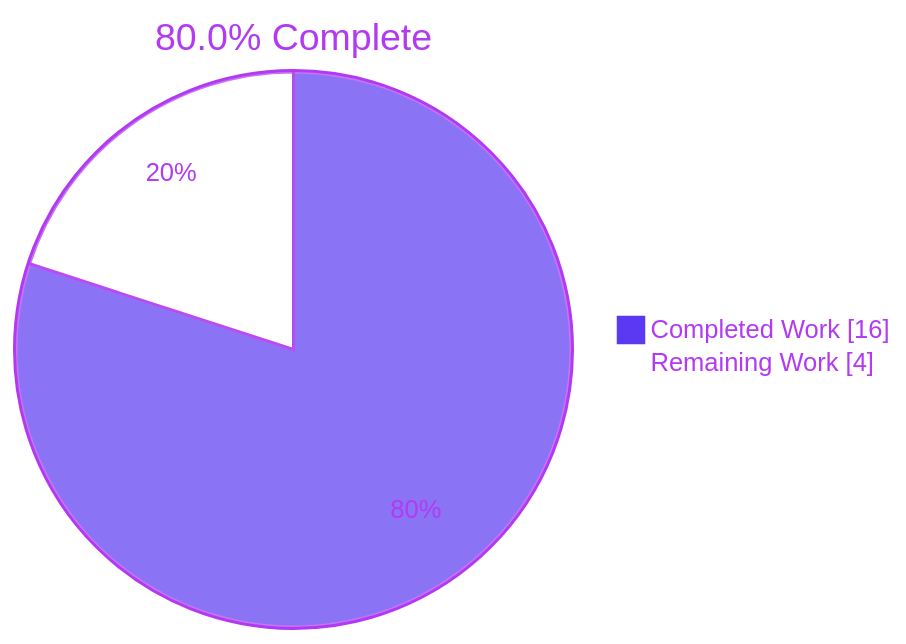
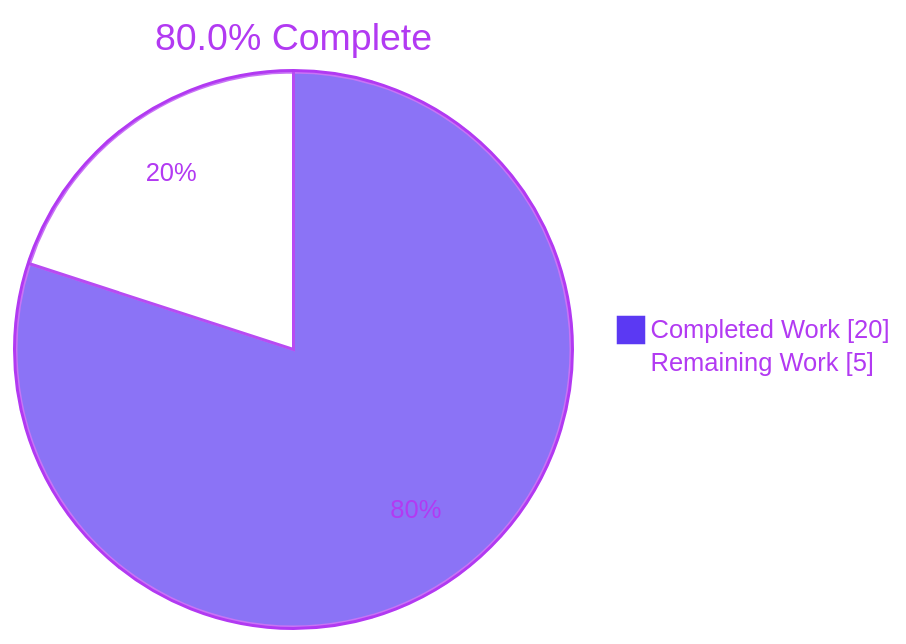
The first of 3 diagrams in blitzy/documentation/Project Guide.md (lakshya-blitzy/empty_repo_to_push_new_prod_code_3009_alreadyused), drawn with Mermaid before and after one commit. The commit also changed other lines of this file, not shown here.

Commit message:
Adding Blitzy Project Guide: Project Status and Human Tasks Remaining

````diff
--- a/blitzy/documentation/Project Guide.md
+++ b/blitzy/documentation/Project Guide.md
@@ -9,7 +9,7 @@
 ```mermaid
 %%{init: {"theme": "base", "themeVariables": {"pie1": "#5B39F3", "pie2": "#FFFFFF", "pieStrokeColor": "#B23AF2", "pieOuterStrokeColor": "#B23AF2", "pieTitleTextColor": "#B23AF2", "pieSectionTextColor": "#B23AF2", "pieLegendTextColor": "#B23AF2"}}}%%
 pie showData
     title 80.0% Complete
-    "Completed Work" : 16
-    "Remaining Work" : 4
+    "Completed Work" : 20
+    "Remaining Work" : 5
 ```
````
